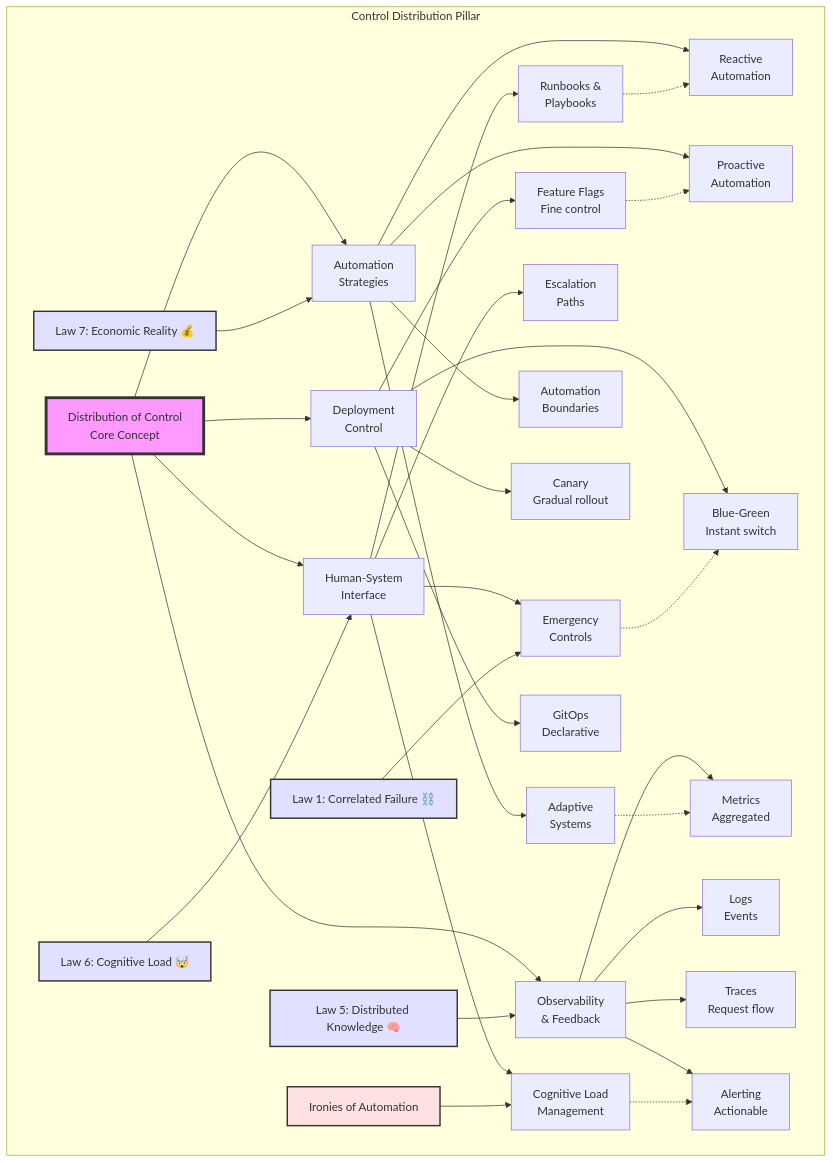
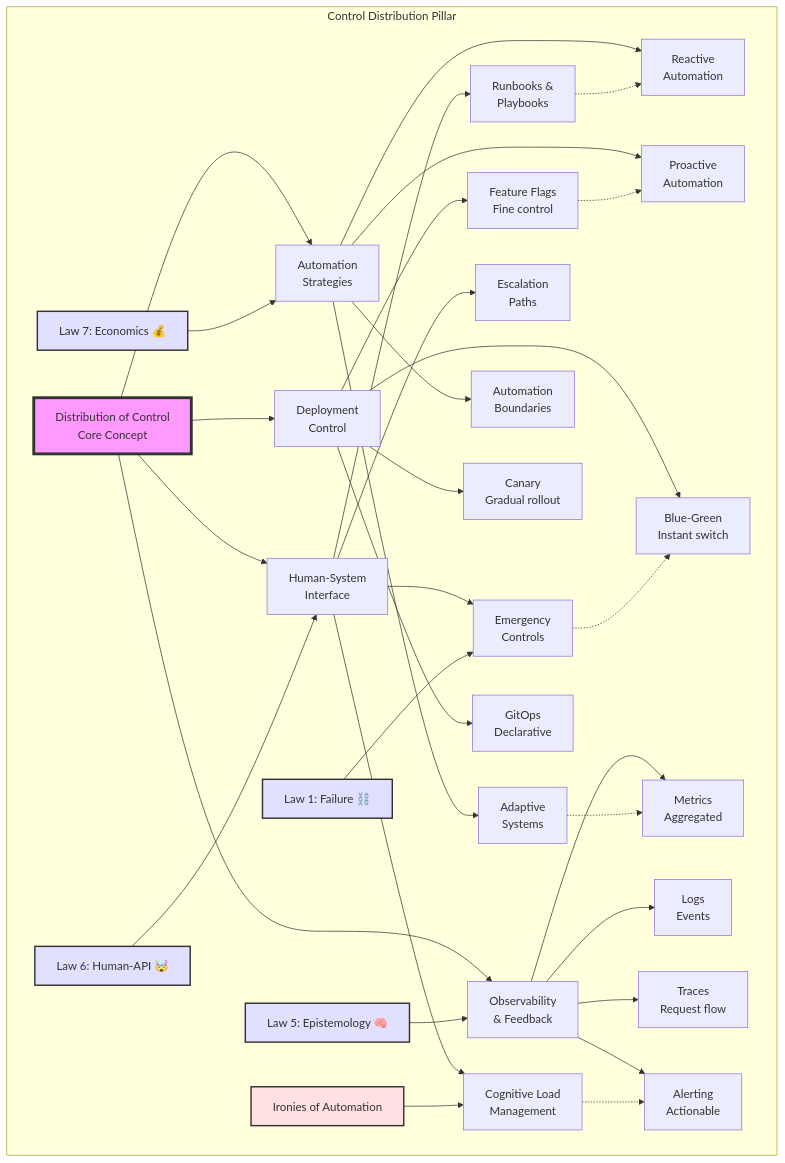
One commit to deepaucksharma/DStudio changed the ninth of 19 diagrams in docs/part2-pillars/control/index.md. Above: the diagram before and after it, drawn with Mermaid. The commit also changed other lines of this file and 470 other files, not shown here.

````diff
--- a/docs/part2-pillars/control/index.md
+++ b/docs/part2-pillars/control/index.md
@@ -332,56 +332,56 @@
 ```mermaid
 graph TB
     subgraph "Control Distribution Pillar"
         Core[Distribution of Control<br/>Core Concept]
 
         Core --> Human[Human-System<br/>Interface]
         Core --> Auto[Automation<br/>Strategies]
         Core --> Deploy[Deployment<br/>Control]
         Core --> Observe[Observability<br/>& Feedback]
 
         %% Human interface branch
         Human --> Cognitive[Cognitive Load<br/>Management]
         Human --> Emergency[Emergency<br/>Controls]
         Human --> Runbooks[Runbooks &<br/>Playbooks]
         Human --> Escalation[Escalation<br/>Paths]
 
         %% Automation branch
         Auto --> Reactive[Reactive<br/>Automation]
         Auto --> Proactive[Proactive<br/>Automation]
         Auto --> Adaptive[Adaptive<br/>Systems]
         Auto --> Limits[Automation<br/>Boundaries]
 
         %% Deployment branch
         Deploy --> BlueGreen[Blue-Green<br/>Instant switch]
         Deploy --> Canary[Canary<br/>Gradual rollout]
         Deploy --> Feature[Feature Flags<br/>Fine control]
         Deploy --> GitOps[GitOps<br/>Declarative]
 
         %% Observability branch
         Observe --> Metrics[Metrics<br/>Aggregated]
         Observe --> Logs[Logs<br/>Events]
         Observe --> Traces[Traces<br/>Request flow]
         Observe --> Alerts[Alerting<br/>Actionable]
 
         %% Key relationships
         Emergency -.-> BlueGreen
         Cognitive -.-> Alerts
         Adaptive -.-> Metrics
         Runbooks -.-> Reactive
         Feature -.-> Proactive
 
         %% Law connections
-        Law1[Law 1: Correlated Failure ⛓️] --> Emergency
-        Law5[Law 5: Distributed Knowledge 🧠] --> Observe
-        Law6[Law 6: Cognitive Load 🤯] --> Human
-        Law7[Law 7: Economic Reality 💰] --> Auto
+        Law1[Law 1: Failure ⛓️] --> Emergency
+        Law5[Law 5: Epistemology 🧠] --> Observe
+        Law6[Law 6: Human-API 🤯] --> Human
+        Law7[Law 7: Economics 💰] --> Auto
         Ironies[Ironies of Automation] --> Cognitive
     end
 
     style Core fill:#f9f,stroke:#333,stroke-width:4px
     style Law1 fill:#e1e1ff,stroke:#333,stroke-width:2px
     style Law5 fill:#e1e1ff,stroke:#333,stroke-width:2px
     style Law6 fill:#e1e1ff,stroke:#333,stroke-width:2px
     style Law7 fill:#e1e1ff,stroke:#333,stroke-width:2px
     style Ironies fill:#ffe1e1,stroke:#333,stroke-width:2px
 ```
````
